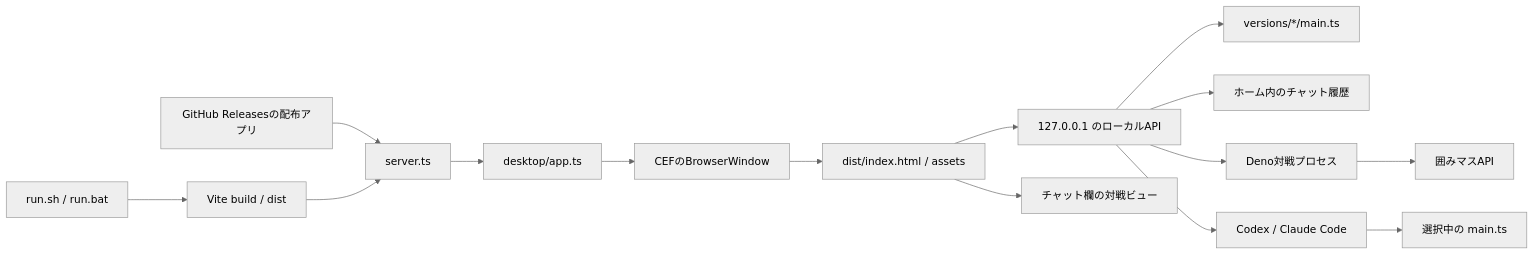
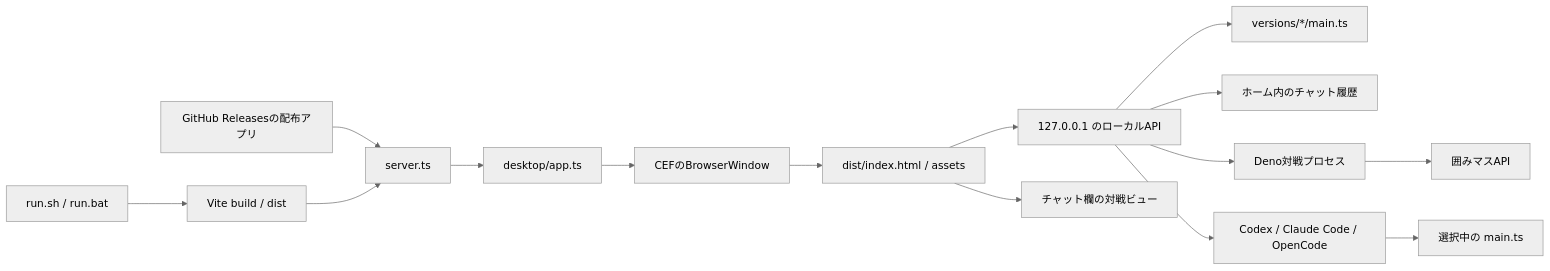
The diagram in docs/architecture.md (kakomimasu/kakomi-code), drawn with Mermaid (neutral theme) before and after one commit. The commit also changed other lines of this file and 27 other files, not shown here.

Commit message:
feat: add OpenCode coding agent support

````diff
--- a/docs/architecture.md
+++ b/docs/architecture.md
@@ -9,17 +9,17 @@
 ```mermaid
 flowchart LR
   Launcher[run.sh / run.bat] --> Vite[Vite build / dist]
   Release[GitHub Releasesの配布アプリ] --> Entry[server.ts]
   Vite --> Entry
   Entry --> App[desktop/app.ts]
   App --> Window[CEFのBrowserWindow]
   Window --> UI[dist/index.html / assets]
   UI --> LocalAPI[127.0.0.1 のローカルAPI]
   UI --> Viewer[チャット欄の対戦ビュー]
   LocalAPI --> Versions[versions/*/main.ts]
   LocalAPI --> History[ホーム内のチャット履歴]
   LocalAPI --> Match[Deno対戦プロセス]
-  LocalAPI --> Agent[Codex / Claude Code]
+  LocalAPI --> Agent[Codex / Claude Code / OpenCode]
   Match --> Kakomimasu[囲みマスAPI]
   Agent --> SelectedMain[選択中の main.ts]
 ```
````
